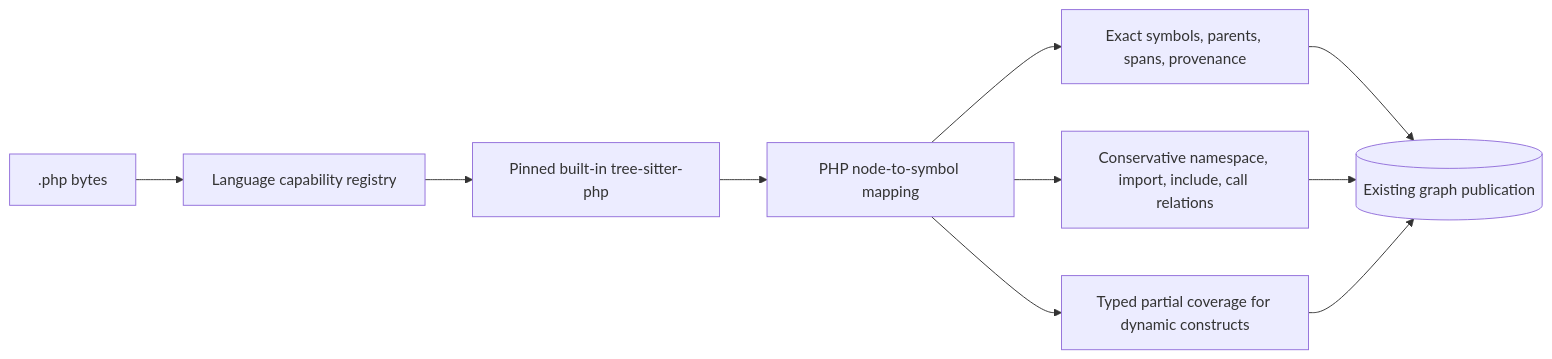
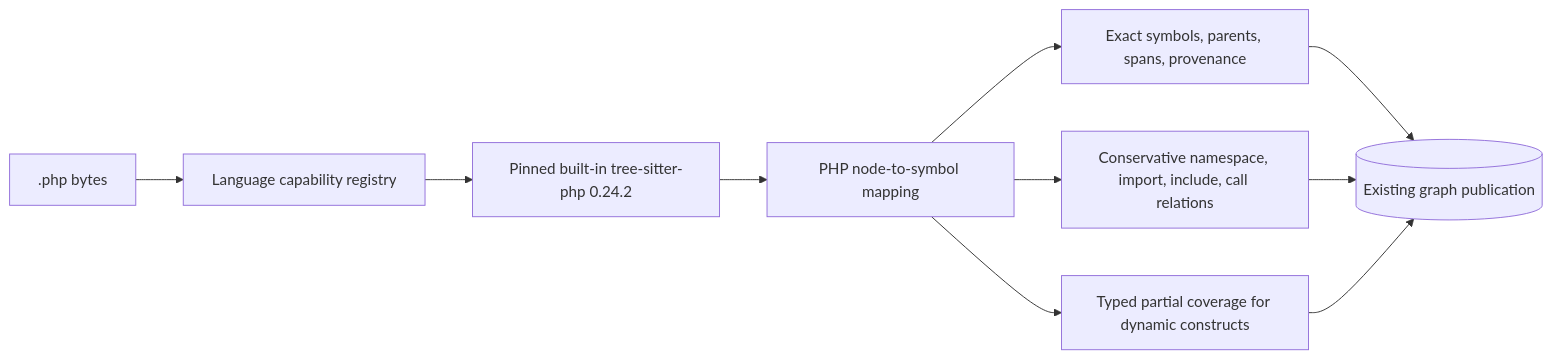
One commit to styler-ai/ProjectAtlas changed diagram 14 of 28 in docs/v050-release-architecture.md. Above: the diagram before and after it, drawn with Mermaid. The commit also changed 9 other files, not shown here.

Commit message:
feat(parser): add built-in PHP grammar support (#477)

````diff
--- a/docs/v050-release-architecture.md
+++ b/docs/v050-release-architecture.md
@@ -217,12 +217,12 @@
 ```mermaid
 flowchart LR
     php[.php bytes] --> registry[Language capability registry]
-    registry --> grammar[Pinned built-in tree-sitter-php]
+    registry --> grammar[Pinned built-in tree-sitter-php 0.24.2]
     grammar --> mapping[PHP node-to-symbol mapping]
     mapping --> exact[Exact symbols, parents, spans, provenance]
     mapping --> relations[Conservative namespace, import, include, call relations]
     mapping --> dynamic[Typed partial coverage for dynamic constructs]
     exact --> published_graph[(Existing graph publication)]
     relations --> published_graph
     dynamic --> published_graph
 ```
````
